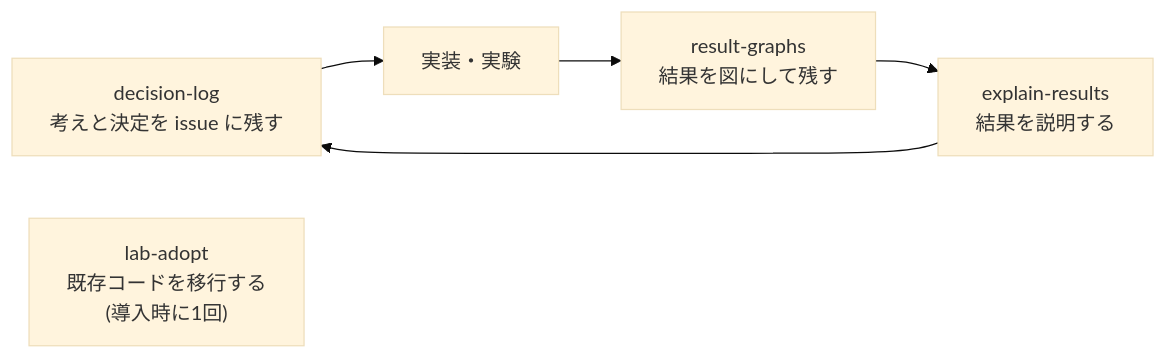
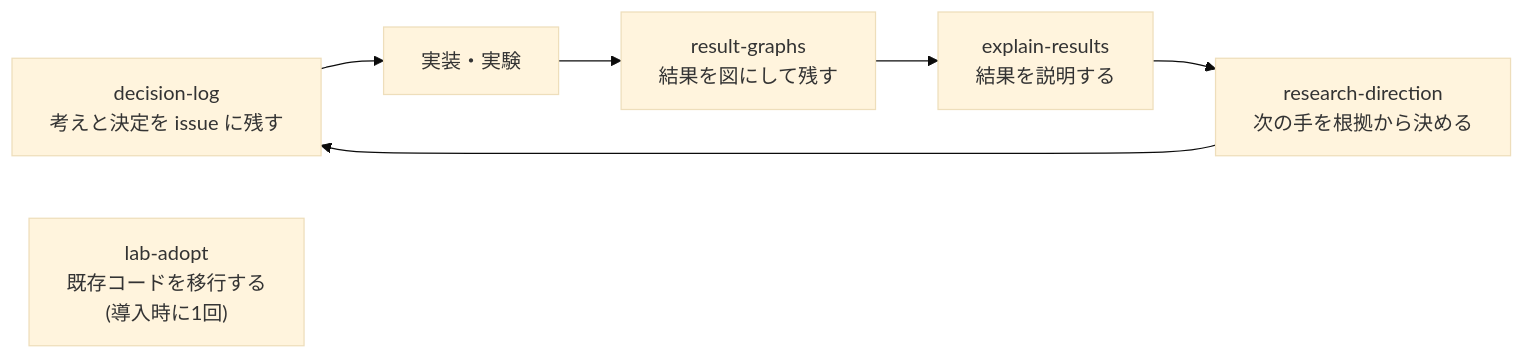
Before and after one commit to mksmkss/mksmkss-lab-kit: the first of 2 diagrams in README.md, drawn with Mermaid (base theme). The commit also changed other lines of this file and 3 other files, not shown here.

````diff
--- a/README.md
+++ b/README.md
@@ -69,8 +70,9 @@
 ```mermaid
 flowchart LR
     A["decision-log<br>考えと決定を issue に残す"] --> B["実装・実験"]
     B --> C["result-graphs<br>結果を図にして残す"]
     C --> D["explain-results<br>結果を説明する"]
-    D --> A
+    D --> R["research-direction<br>次の手を根拠から決める"]
+    R --> A
     L["lab-adopt<br>既存コードを移行する<br>(導入時に1回)"]
 ```
````
